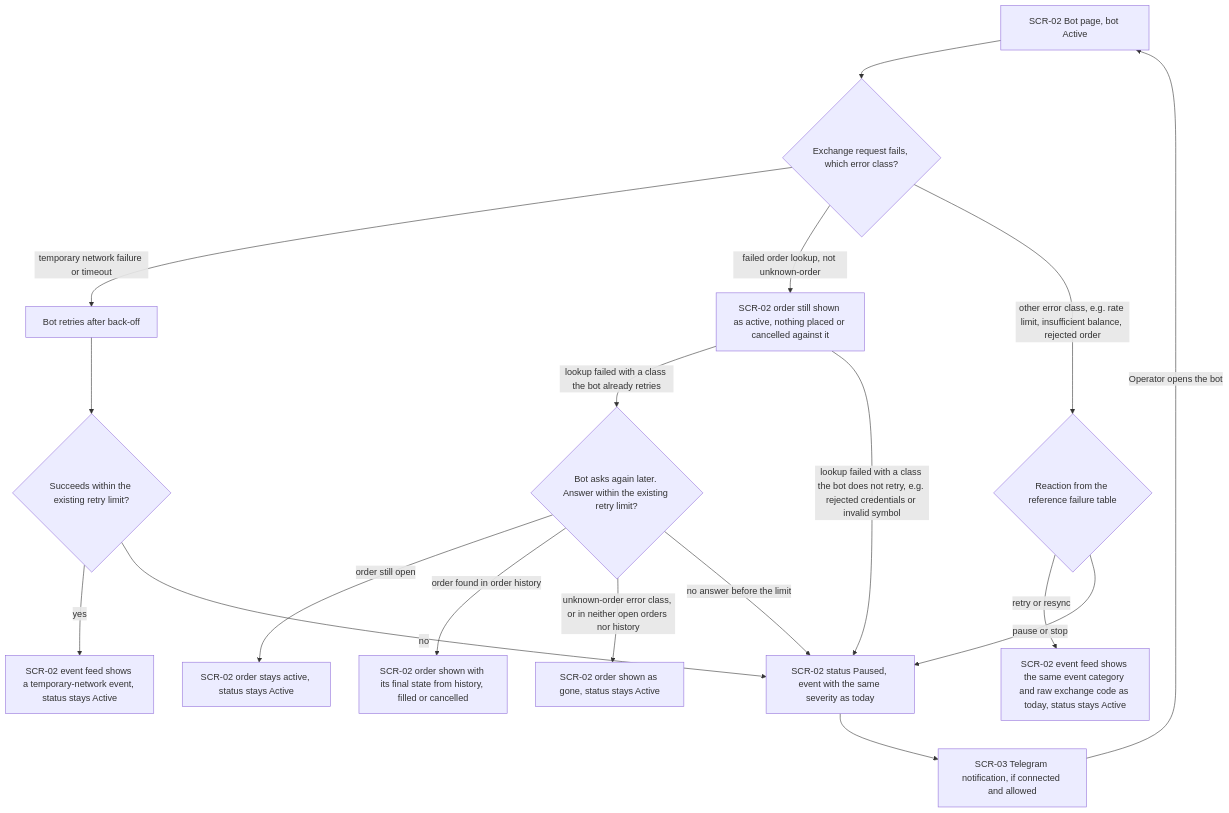
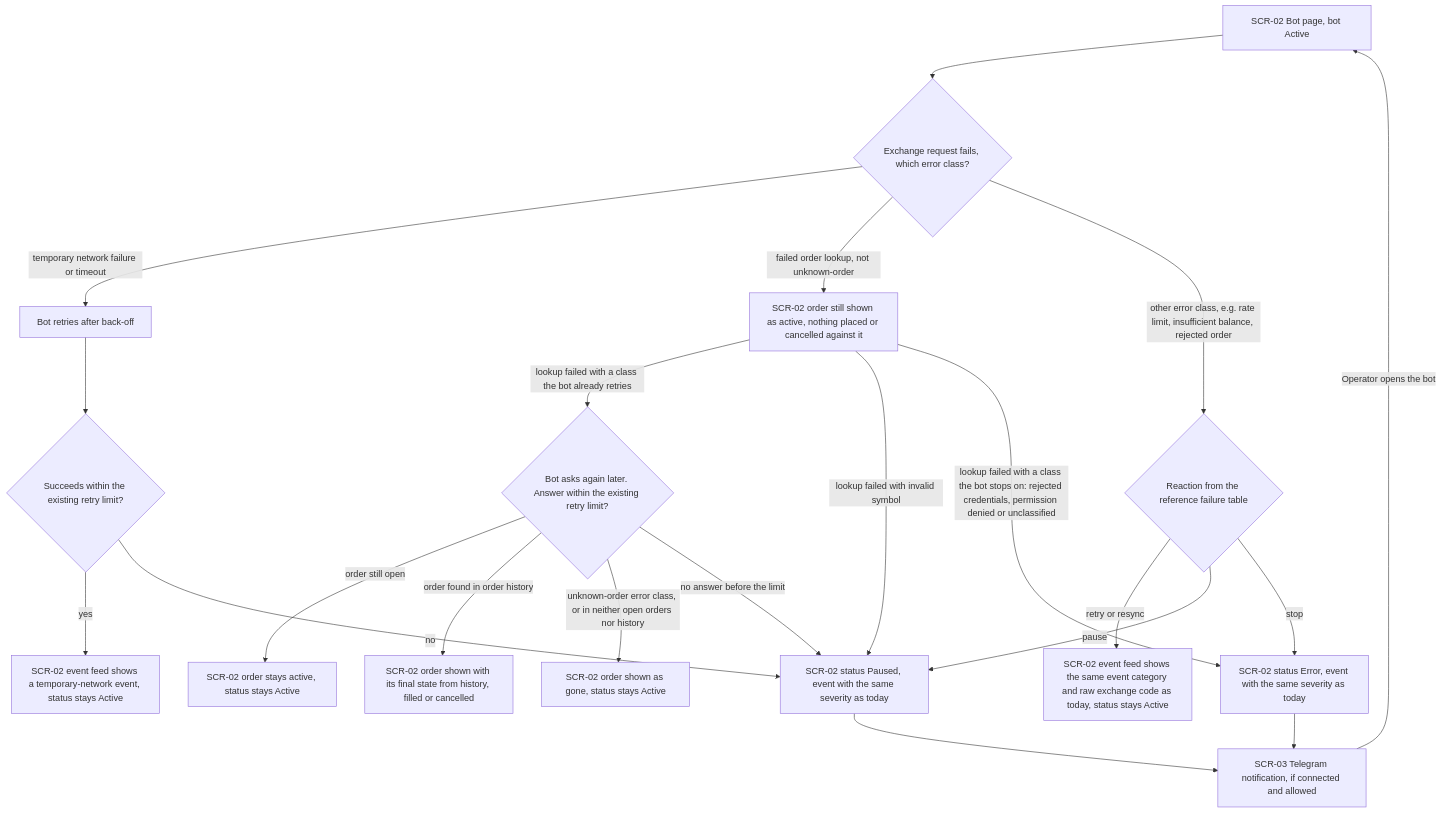
One commit to SoloOleh/AlgoTradeDynamics-experiments changed the second of 5 diagrams in docs/features/exchange-adapter/ux-flows.md. Above: the diagram before and after it, drawn with Mermaid. The commit also changed other lines of this file and 8 other files, not shown here.

First line of the commit message:
docs(exchange-adapter): finish aligning the AC-08 docs and show a stop as Error

````diff
--- a/docs/features/exchange-adapter/ux-flows.md
+++ b/docs/features/exchange-adapter/ux-flows.md
@@ -48,20 +48,23 @@
 ```mermaid
 flowchart TD
     A["SCR-02 Bot page, bot Active"] --> B{"Exchange request fails, which error class?"}
     B -->|"temporary network failure or timeout"| C["Bot retries after back-off"]
     B -->|"failed order lookup, not unknown-order"| L["SCR-02 order still shown as active, nothing placed or cancelled against it"]
     L -->|"lookup failed with a class the bot already retries"| M{"Bot asks again later. Answer within the existing retry limit?"}
-    L -->|"lookup failed with a class the bot does not retry, e.g. rejected credentials or invalid symbol"| F
+    L -->|"lookup failed with invalid symbol"| F
+    L -->|"lookup failed with a class the bot stops on: rejected credentials, permission denied or unclassified"| S
     M -->|"order still open"| N["SCR-02 order stays active, status stays Active"]
     M -->|"order found in order history"| O["SCR-02 order shown with its final state from history, filled or cancelled"]
     M -->|"unknown-order error class, or in neither open orders nor history"| P["SCR-02 order shown as gone, status stays Active"]
     M -->|"no answer before the limit"| F
     C --> D{"Succeeds within the existing retry limit?"}
     D -->|"yes"| E["SCR-02 event feed shows a temporary-network event, status stays Active"]
     D -->|"no"| F["SCR-02 status Paused, event with the same severity as today"]
     B -->|"other error class, e.g. rate limit, insufficient balance, rejected order"| H{"Reaction from the reference failure table"}
     H -->|"retry or resync"| I["SCR-02 event feed shows the same event category and raw exchange code as today, status stays Active"]
-    H -->|"pause or stop"| F
+    H -->|"pause"| F
+    H -->|"stop"| S["SCR-02 status Error, event with the same severity as today"]
     F --> G["SCR-03 Telegram notification, if connected and allowed"]
+    S --> G
     G -->|"Operator opens the bot"| A
 ```
````
